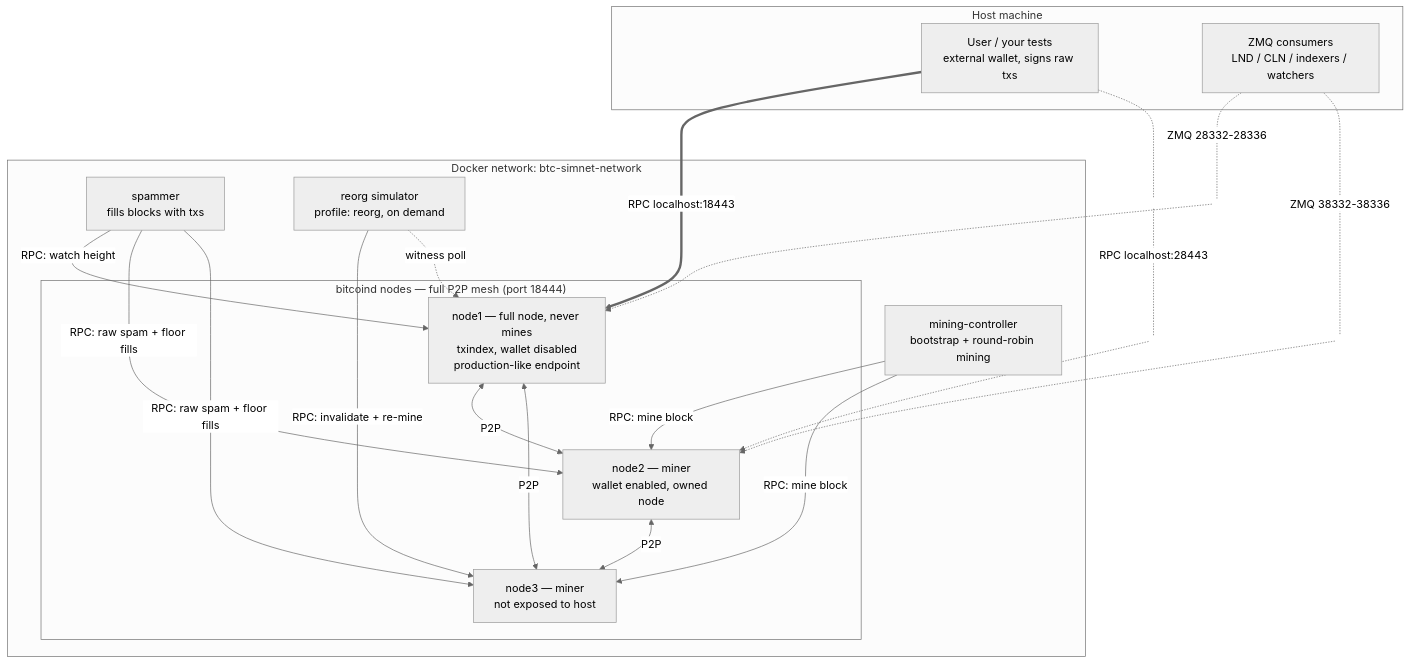
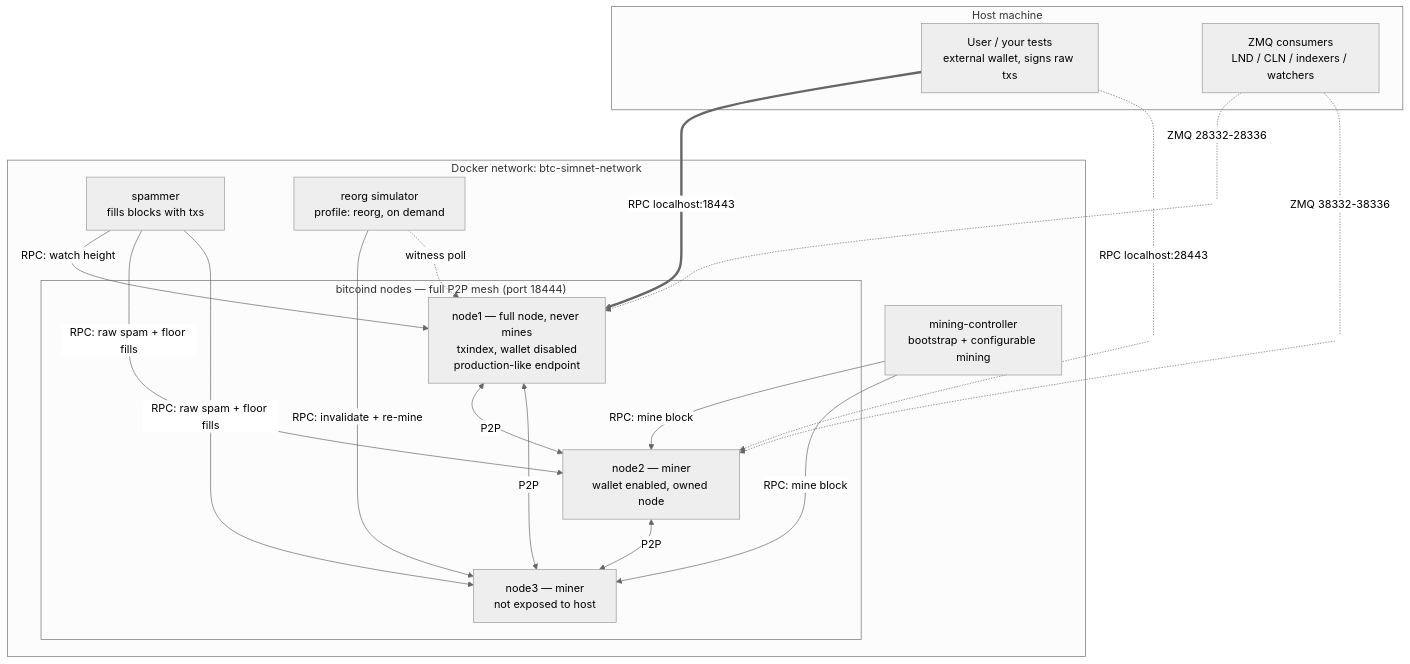
Before and after one commit to danielemiliogarcia/simchain: the first of 2 diagrams in README.md, drawn with Mermaid (neutral theme). The commit also changed other lines of this file and 8 other files, not shown here.

````diff
--- a/README.md
+++ b/README.md
@@ -70,50 +72,50 @@
 ```mermaid
 flowchart TB
     subgraph host["Host machine"]
         user["User / your tests<br/>external wallet, signs raw txs"]
         zmqc["ZMQ consumers<br/>LND / CLN / indexers / watchers"]
     end
 
     subgraph net["Docker network: btc-simnet-network"]
         subgraph mesh["bitcoind nodes — full P2P mesh (port 18444)"]
             n1["node1 — full node, never mines<br/>txindex, wallet disabled<br/>production-like endpoint"]
             n2["node2 — miner<br/>wallet enabled, owned node"]
             n3["node3 — miner<br/>not exposed to host"]
         end
-        mc["mining-controller<br/>bootstrap + round-robin mining"]
+        mc["mining-controller<br/>bootstrap + configurable mining"]
         sp["spammer<br/>fills blocks with txs"]
         rg["reorg simulator<br/>profile: reorg, on demand"]
     end
 
     %% Invisible waypoints pull the host arrows apart so each port label
     %% sits near the host boxes in open space instead of tangling with the
     %% other arrows.
     zmq1(( )):::waypoint
     rpc2a(( )):::waypoint
     rpc2(( )):::waypoint
     zmq2(( )):::waypoint
 
     user ==>|"RPC localhost:18443"| n1
     zmqc -.-|"ZMQ 28332-28336"| zmq1
     zmq1 -.-> n1
 
     user -.- rpc2a
     rpc2a -.-|"RPC localhost:28443"| rpc2
     rpc2 -.-> n2
     zmqc -.-|"ZMQ 38332-38336"| zmq2
     zmq2 -.-> n2
 
     n1 <-->|P2P| n2
     n1 <-->|P2P| n3
     n2 <-->|P2P| n3
 
     mc -->|"RPC: mine block"| n2
     mc -->|"RPC: mine block"| n3
     sp -->|"RPC: watch height"| n1
     sp -->|"RPC: raw spam + floor fills"| n2
     sp -->|"RPC: raw spam + floor fills"| n3
     rg -->|"RPC: invalidate + re-mine"| n3
     rg -.->|"witness poll"| n1
 
     classDef waypoint width:0px,height:0px,fill:none,stroke:none
 ```
````
